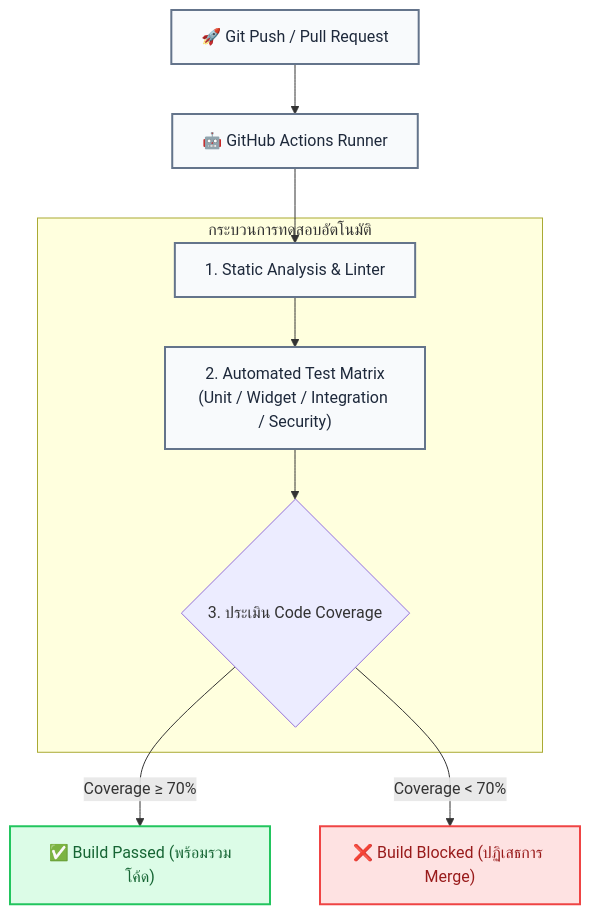
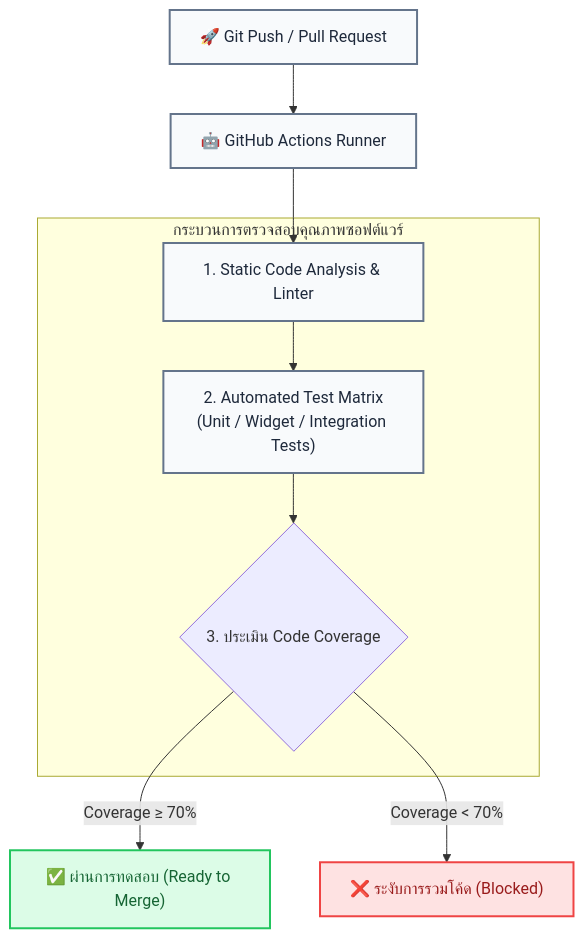
Before and after one commit to Tanabordi/FM-EAA: the fourth of 4 diagrams in README.md, drawn with Mermaid. The commit also changed other lines of this file, not shown here.

````diff
--- a/README.md
+++ b/README.md
@@ -212,25 +262,25 @@
 ```mermaid
 flowchart TD
     Push["🚀 Git Push / Pull Request"] --> Runner["🤖 GitHub Actions Runner"]
 
-    subgraph Stages ["กระบวนการทดสอบอัตโนมัติ"]
-        S1["1. Static Analysis & Linter"]
-        S2["2. Automated Test Matrix<br/>(Unit / Widget / Integration / Security)"]
-        S3{"3. ประเมิน Code Coverage"}
+    subgraph Pipeline ["กระบวนการตรวจสอบคุณภาพซอฟต์แวร์"]
+        Step1["1. Static Code Analysis & Linter"]
+        Step2["2. Automated Test Matrix<br/>(Unit / Widget / Integration Tests)"]
+        Step3{"3. ประเมิน Code Coverage"}
 
-        S1 --> S2 --> S3
+        Step1 --> Step2 --> Step3
     end
 
-    Runner --> S1
+    Runner --> Step1
 
-    S3 -- "Coverage ≥ 70%" --> Pass["✅ Build Passed (พร้อมรวมโค้ด)"]
-    S3 -- "Coverage < 70%" --> Fail["❌ Build Blocked (ปฏิเสธการ Merge)"]
+    Step3 -- "Coverage ≥ 70%" --> Passed["✅ ผ่านการทดสอบ (Ready to Merge)"]
+    Step3 -- "Coverage < 70%" --> Blocked["❌ ระงับการรวมโค้ด (Blocked)"]
 
     classDef pass fill:#dcfce7,stroke:#22c55e,stroke-width:2px,color:#166534;
     classDef fail fill:#fee2e2,stroke:#ef4444,stroke-width:2px,color:#991b1b;
-    classDef defaultStyle fill:#f8fafc,stroke:#64748b,stroke-width:2px,color:#1e293b;
+    classDef normal fill:#f8fafc,stroke:#64748b,stroke-width:2px,color:#1e293b;
 
-    class Pass pass;
-    class Fail fail;
-    class Push,Runner,S1,S2 defaultStyle;
+    class Passed pass;
+    class Blocked fail;
+    class Push,Runner,Step1,Step2 normal;
 ```
````
